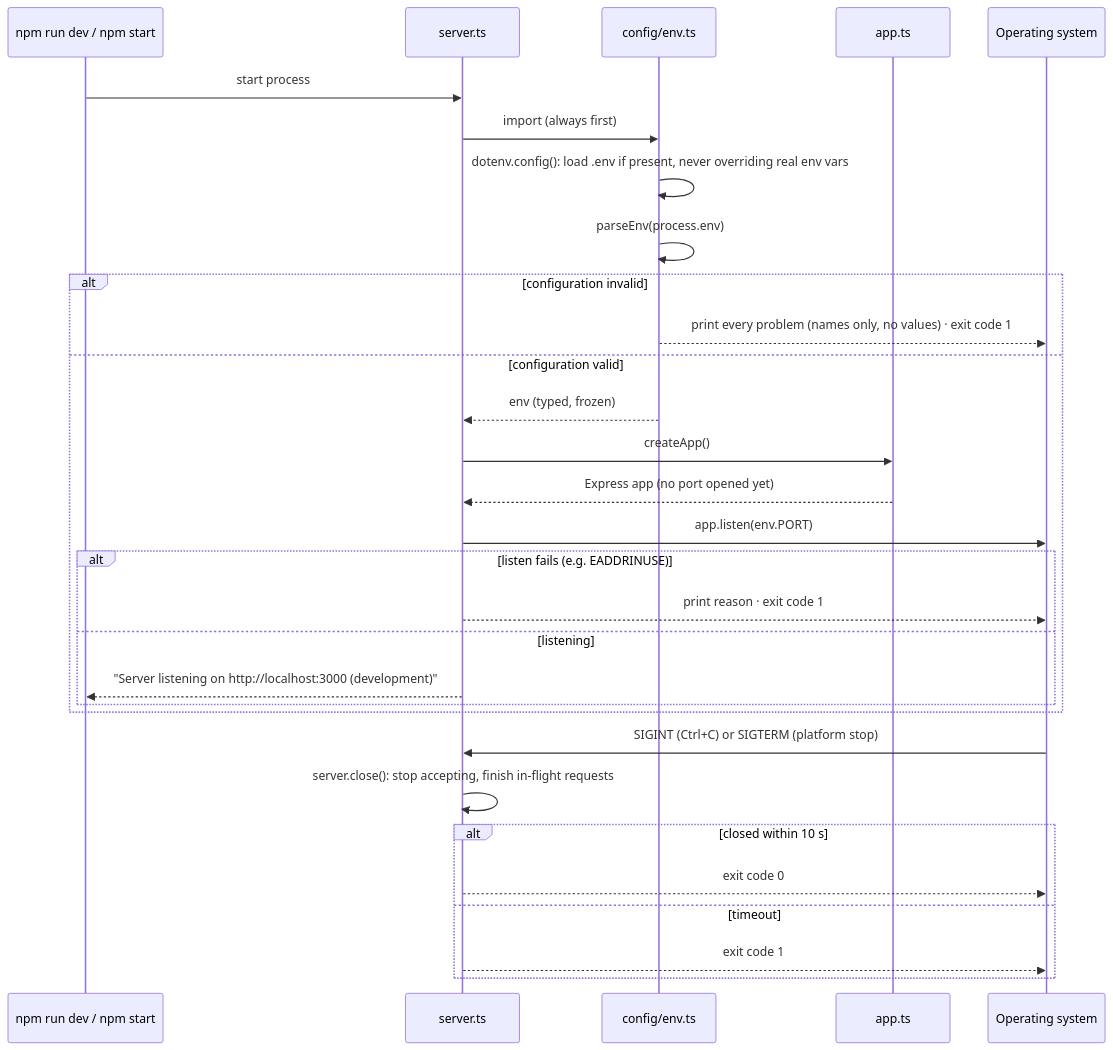
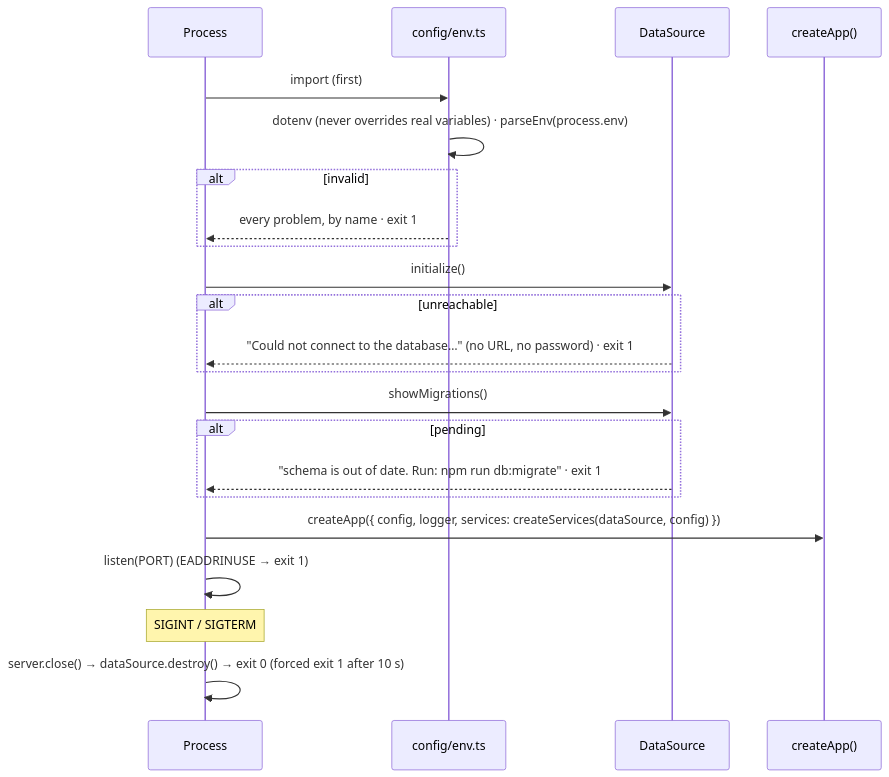
One commit to expedite-atul/express-ts-starter-v2.0.0 changed the first of 2 diagrams in docs/lld.md. Above: the diagram before and after it, drawn with Mermaid. The commit also changed other lines of this file and 120 other files, not shown here.

````diff
--- a/docs/lld.md
+++ b/docs/lld.md
@@ -60,33 +54,24 @@
 ```mermaid
 sequenceDiagram
-    participant Dev as npm run dev / npm start
-    participant Srv as server.ts
+    participant P as Process
     participant Env as config/env.ts
-    participant App as app.ts
-    participant OS as Operating system
-
-    Dev->>Srv: start process
-    Srv->>Env: import (always first)
-    Env->>Env: dotenv.config(): load .env if present, never overriding real env vars
-    Env->>Env: parseEnv(process.env)
-    alt configuration invalid
-        Env-->>OS: print every problem (names only, no values) · exit code 1
-    else configuration valid
-        Env-->>Srv: env (typed, frozen)
-        Srv->>App: createApp()
-        App-->>Srv: Express app (no port opened yet)
-        Srv->>OS: app.listen(env.PORT)
-        alt listen fails (e.g. EADDRINUSE)
-            Srv-->>OS: print reason · exit code 1
-        else listening
-            Srv-->>Dev: "Server listening on http://localhost:3000 (development)"
-        end
+    participant DS as DataSource
+    participant App as createApp()
+    P->>Env: import (first)
+    Env->>Env: dotenv (never overrides real variables) · parseEnv(process.env)
+    alt invalid
+        Env-->>P: every problem, by name · exit 1
     end
-    OS->>Srv: SIGINT (Ctrl+C) or SIGTERM (platform stop)
-    Srv->>Srv: server.close(): stop accepting, finish in-flight requests
-    alt closed within 10 s
-        Srv-->>OS: exit code 0
-    else timeout
-        Srv-->>OS: exit code 1
+    P->>DS: initialize()
+    alt unreachable
+        DS-->>P: "Could not connect to the database…" (no URL, no password) · exit 1
     end
+    P->>DS: showMigrations()
+    alt pending
+        DS-->>P: "schema is out of date. Run: npm run db:migrate" · exit 1
+    end
+    P->>App: createApp({ config, logger, services: createServices(dataSource, config) })
+    P->>P: listen(PORT) (EADDRINUSE → exit 1)
+    Note over P: SIGINT / SIGTERM
+    P->>P: server.close() → dataSource.destroy() → exit 0 (forced exit 1 after 10 s)
 ```
````
